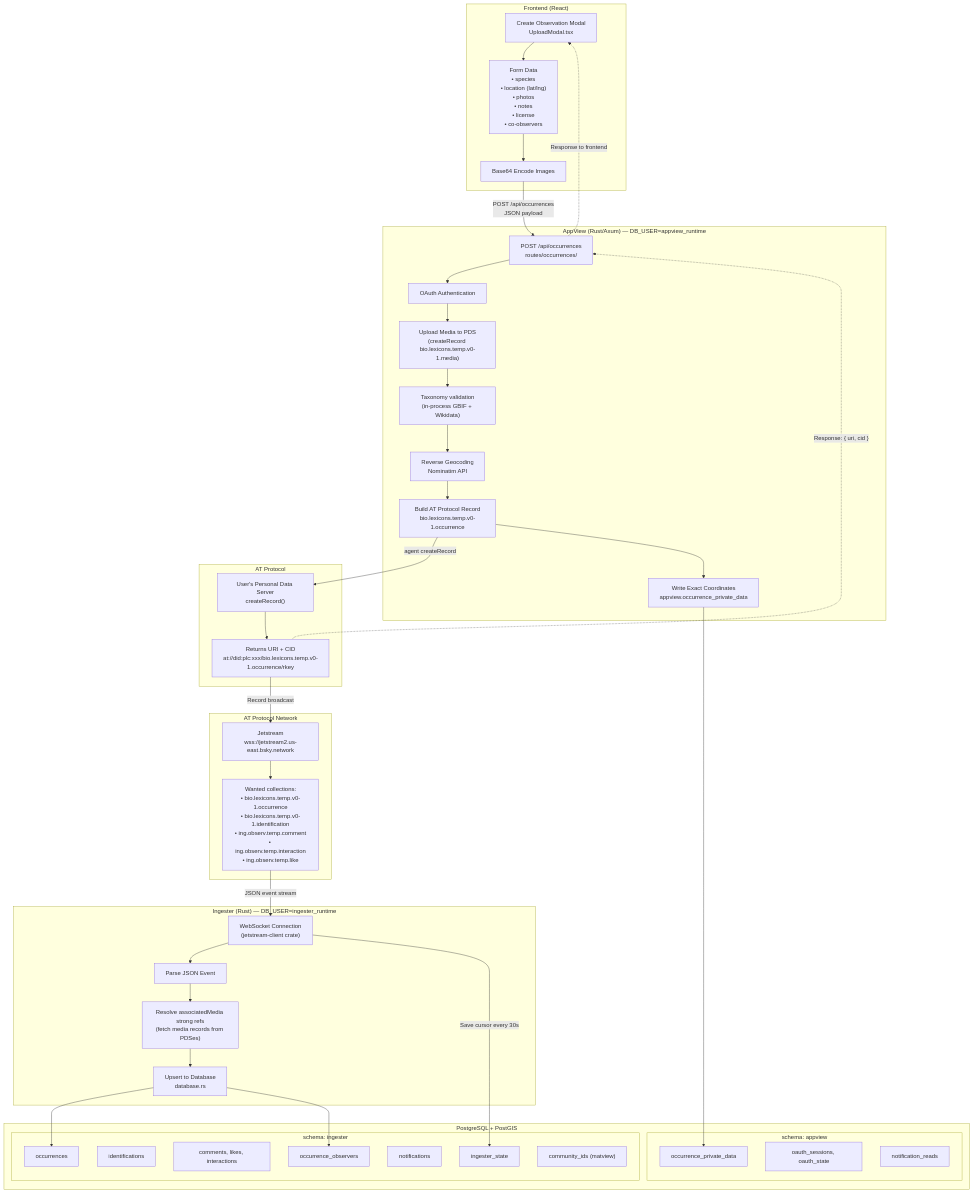
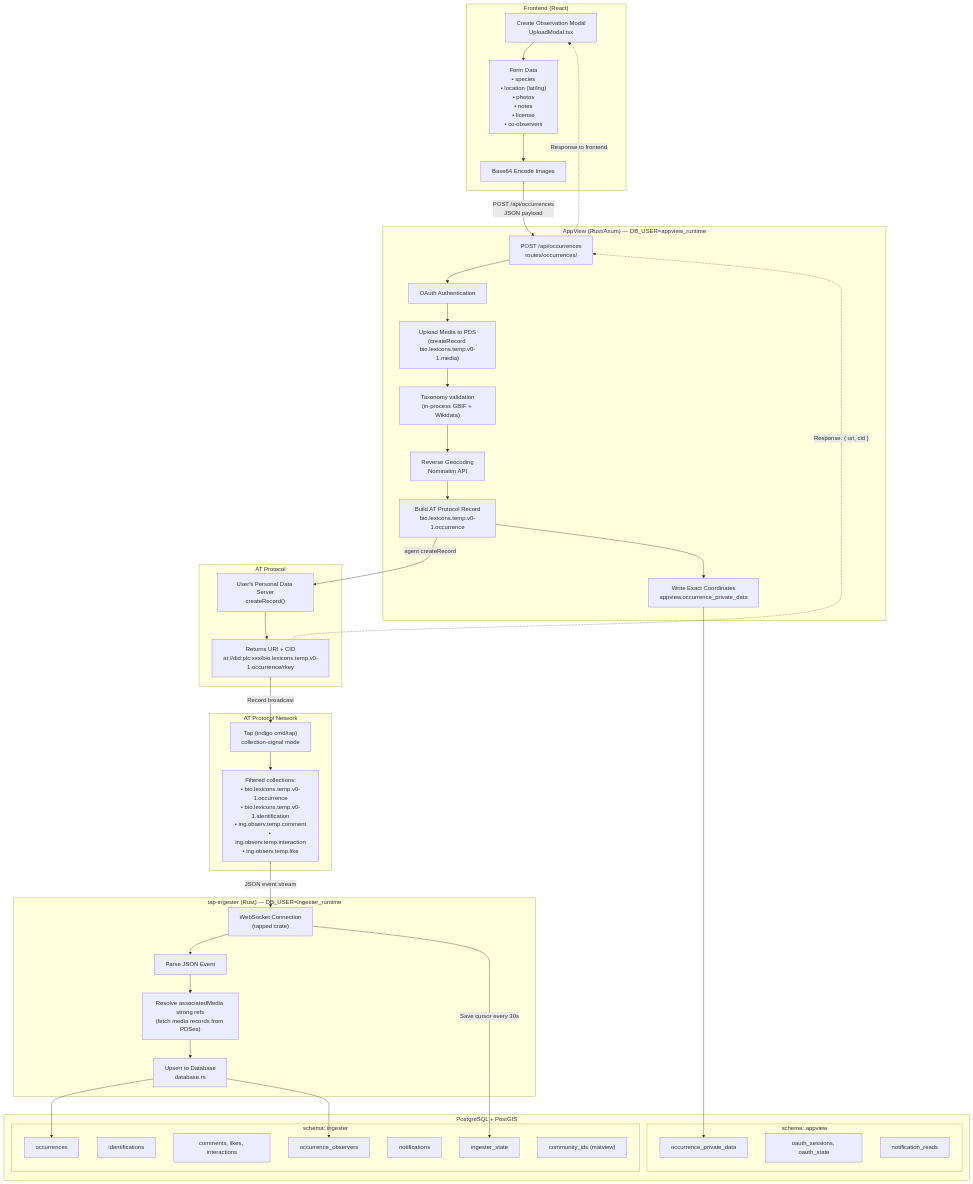
One commit to observ-ing/core changed the diagram in docs/data-flow.md. Above: the diagram before and after it, drawn with Mermaid. The commit also changed other lines of this file and 82 other files, not shown here.

````diff
--- a/docs/data-flow.md
+++ b/docs/data-flow.md
@@ -9,78 +9,78 @@
 ```mermaid
 flowchart TB
     subgraph Frontend["Frontend (React)"]
         Modal["Create Observation Modal<br/>UploadModal.tsx"]
         FormData["Form Data<br/>• species<br/>• location (lat/lng)<br/>• photos<br/>• notes<br/>• license<br/>• co-observers"]
         Base64["Base64 Encode Images"]
         Modal --> FormData --> Base64
     end
 
     subgraph AppView["AppView (Rust/Axum) — DB_USER=appview_runtime"]
         API["POST /api/occurrences<br/>routes/occurrences/"]
         Auth["OAuth Authentication"]
         BlobUpload["Upload Media to PDS<br/>(createRecord bio.lexicons.temp.v0-1.media)"]
         GBIF["Taxonomy validation<br/>(in-process GBIF + Wikidata)"]
         Geocode["Reverse Geocoding<br/>Nominatim API"]
         BuildRecord["Build AT Protocol Record<br/>bio.lexicons.temp.v0-1.occurrence"]
         PrivateData["Write Exact Coordinates<br/>appview.occurrence_private_data"]
     end
 
     subgraph ATProtocol["AT Protocol"]
         PDS["User's Personal Data Server<br/>createRecord()"]
         URI["Returns URI + CID<br/>at://did:plc:xxx/bio.lexicons.temp.v0-1.occurrence/rkey"]
     end
 
     subgraph Firehose["AT Protocol Network"]
-        Jetstream["Jetstream<br/>wss://jetstream2.us-east.bsky.network"]
-        Filter["Wanted collections:<br/>• bio.lexicons.temp.v0-1.occurrence<br/>• bio.lexicons.temp.v0-1.identification<br/>• ing.observ.temp.comment<br/>• ing.observ.temp.interaction<br/>• ing.observ.temp.like"]
+        Tap["Tap (indigo cmd/tap)<br/>collection-signal mode"]
+        Filter["Filtered collections:<br/>• bio.lexicons.temp.v0-1.occurrence<br/>• bio.lexicons.temp.v0-1.identification<br/>• ing.observ.temp.comment<br/>• ing.observ.temp.interaction<br/>• ing.observ.temp.like"]
     end
 
-    subgraph Ingester["Ingester (Rust) — DB_USER=ingester_runtime"]
-        WS["WebSocket Connection<br/>(jetstream-client crate)"]
+    subgraph Ingester["tap-ingester (Rust) — DB_USER=ingester_runtime"]
+        WS["WebSocket Connection<br/>(tapped crate)"]
         Parse["Parse JSON Event"]
         Resolve["Resolve associatedMedia strong refs<br/>(fetch media records from PDSes)"]
         Upsert["Upsert to Database<br/>database.rs"]
     end
 
     subgraph Database["PostgreSQL + PostGIS"]
         subgraph IngSchema["schema: ingester"]
             Occurrences["occurrences"]
             Identifications["identifications"]
             Comments["comments, likes, interactions"]
             Observers["occurrence_observers"]
             Notifications["notifications"]
             Cursor["ingester_state"]
             Matview["community_ids (matview)"]
         end
         subgraph AppvSchema["schema: appview"]
             PrivData["occurrence_private_data"]
             OauthTbls["oauth_sessions, oauth_state"]
             NotifReads["notification_reads"]
         end
     end
 
     %% Main flow
     Base64 -->|"POST /api/occurrences<br/>JSON payload"| API
     API --> Auth
     Auth --> BlobUpload
     BlobUpload --> GBIF
     GBIF --> Geocode
     Geocode --> BuildRecord
     BuildRecord -->|"agent createRecord"| PDS
     BuildRecord --> PrivateData
     PrivateData --> PrivData
     PDS --> URI
-    URI -->|"Record broadcast"| Jetstream
-    Jetstream --> Filter
+    URI -->|"Record broadcast"| Tap
+    Tap --> Filter
     Filter -->|"JSON event stream"| WS
     WS --> Parse
     Parse --> Resolve
     Resolve --> Upsert
     Upsert --> Occurrences
     Upsert --> Observers
     WS -->|"Save cursor every 30s"| Cursor
 
     %% Response flow
     URI -.->|"Response: { uri, cid }"| API
     API -.->|"Response to frontend"| Modal
 ```
````
